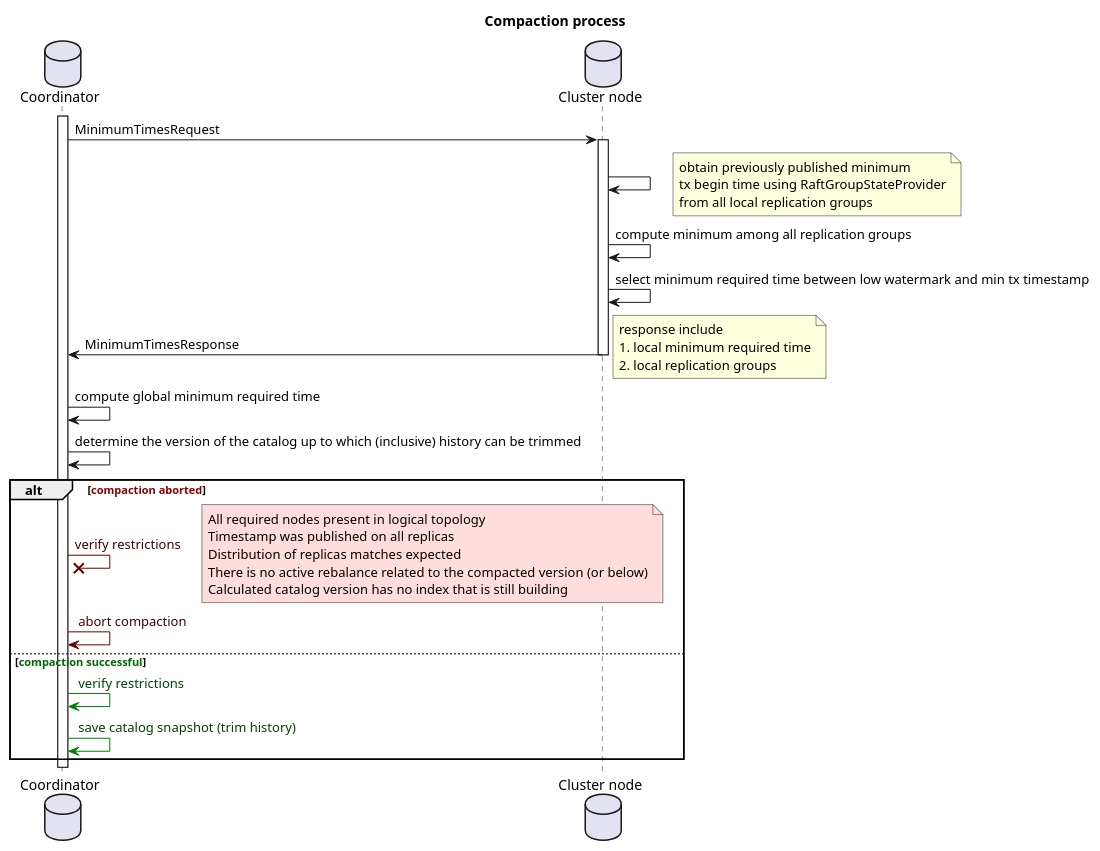
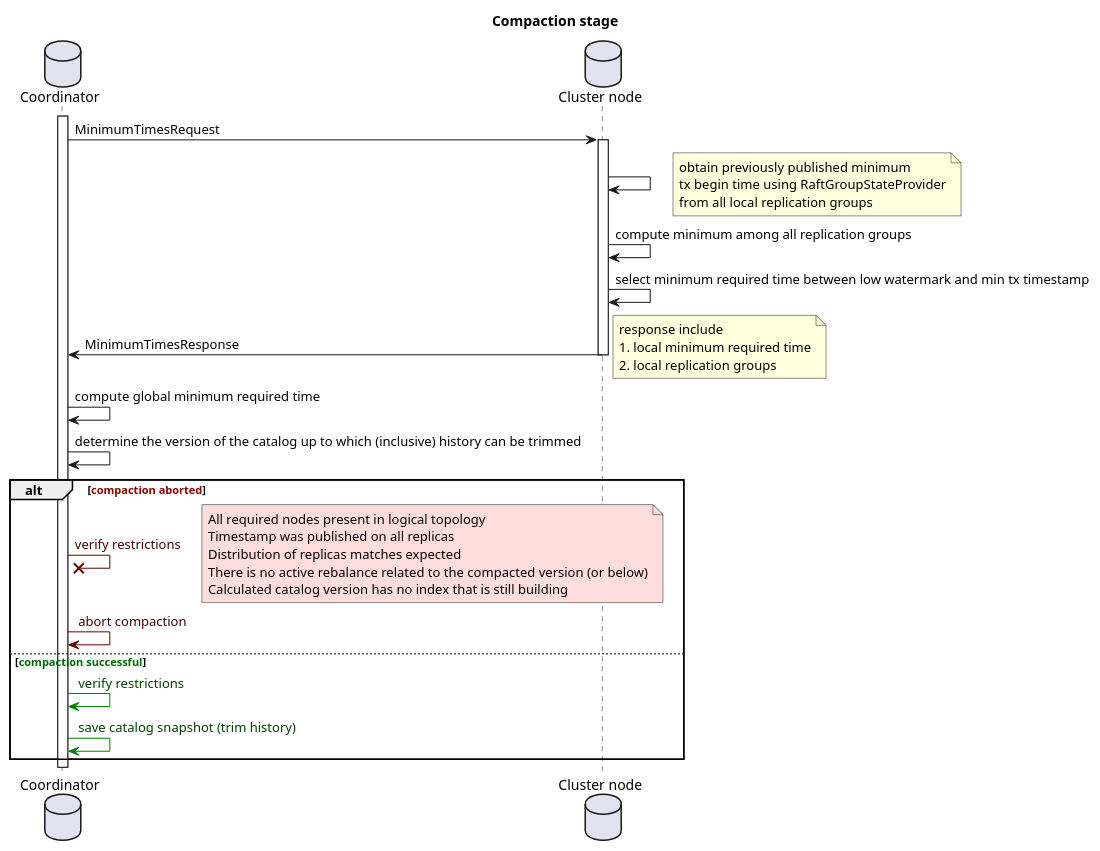
Before and after one commit to apache/ignite-3: the diagram in modules/catalog-compaction/tech-notes/compaction.puml, drawn with PlantUML. The commit also changed 5 other files, not shown here.

```diff
--- a/modules/catalog-compaction/tech-notes/compaction.puml
+++ b/modules/catalog-compaction/tech-notes/compaction.puml
@@ -1,41 +1,41 @@
 @startuml
-title Compaction process
+title Compaction stage
 
 database Coordinator as crd
 database "Cluster node" as node
 
 activate crd
 
 crd -> node ++ : MinimumTimesRequest
 node -> node
 note right
   obtain previously published minimum
   tx begin time using RaftGroupStateProvider
   from all local replication groups
 end note
 node -> node : compute minimum among all replication groups
 node -> node : select minimum required time between low watermark and min tx timestamp
 node -> crd -- : MinimumTimesResponse
 note right
   response include
   1. local minimum required time
   2. local replication groups
 end note
 crd -> crd : compute global minimum required time
 crd -> crd : determine the version of the catalog up to which (inclusive) history can be trimmed
 alt <font color="#880000">compaction aborted</font>
   crd -[#660000]x crd : <font color="#440000">verify restrictions
   note right #ffdddd
     All required nodes present in logical topology
     Timestamp was published on all replicas
     Distribution of replicas matches expected
     There is no active rebalance related to the compacted version (or below)
     Calculated catalog version has no index that is still building
   end note
   crd -[#660000]> crd : <font color="#440000"> abort compaction
 else <font color="#006600">compaction successful</font>
   crd -[#green]> crd : <font color="#004400"> verify restrictions
   crd -[#green]> crd : <font color="#004400"> save catalog snapshot (trim history)
 end
 
 @enduml
```
